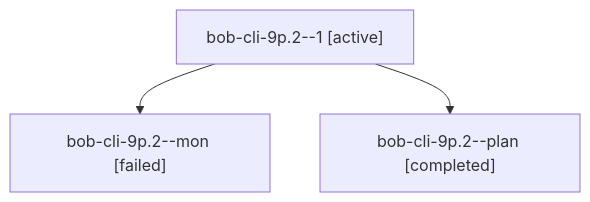
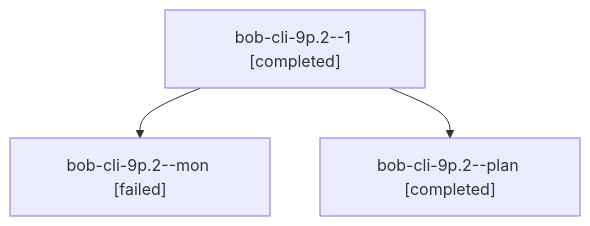
Before and after one commit to bobs-org/bob-cli--agents: the diagram in sessions/bbugyi200.athena.bob-cli-9p.2.md, drawn with Mermaid. The commit also changed other lines of this file and 36 other files, not shown here.

````diff
--- a/sessions/bbugyi200.athena.bob-cli-9p.2.md
+++ b/sessions/bbugyi200.athena.bob-cli-9p.2.md
@@ -9,8 +9,8 @@
 ```mermaid
 flowchart TD
-  n0["bob-cli-9p.2--1 [active]"]
+  n0["bob-cli-9p.2--1 [completed]"]
   n1["bob-cli-9p.2--mon [failed]"]
   n0 --> n1
   n2["bob-cli-9p.2--plan [completed]"]
   n0 --> n2
 ```
````
